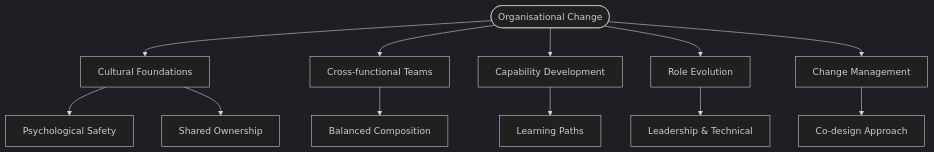
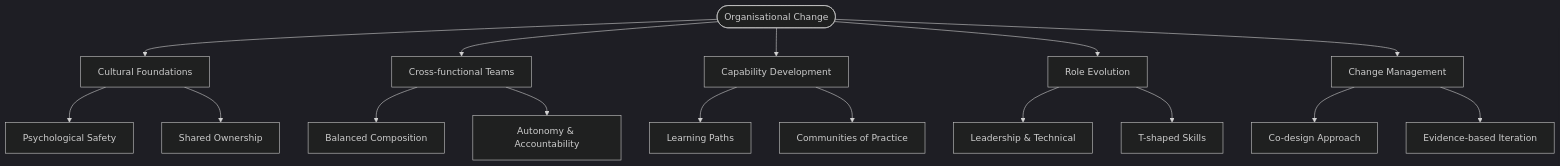
The diagram in docs/images/mindmap_17_organization.mmd (Geonitab/architecture_as_code), drawn with Mermaid (dark theme) before and after one commit. The commit also changed 7 other files, not shown here.

```diff
--- a/docs/images/mindmap_17_organization.mmd
+++ b/docs/images/mindmap_17_organization.mmd
@@ -1,13 +1,17 @@
 graph TD
     ROOT(["Organisational Change"])
     ROOT --> CF["Cultural Foundations"]
     ROOT --> CT["Cross-functional Teams"]
     ROOT --> CD["Capability Development"]
     ROOT --> RE["Role Evolution"]
     ROOT --> CM["Change Management"]
     CF --> CF1["Psychological Safety"]
     CF --> CF2["Shared Ownership"]
     CT --> CT1["Balanced Composition"]
+    CT --> CT2["Autonomy & Accountability"]
     CD --> CD1["Learning Paths"]
+    CD --> CD2["Communities of Practice"]
     RE --> RE1["Leadership & Technical"]
+    RE --> RE2["T-shaped Skills"]
     CM --> CM1["Co-design Approach"]
+    CM --> CM2["Evidence-based Iteration"]
```
